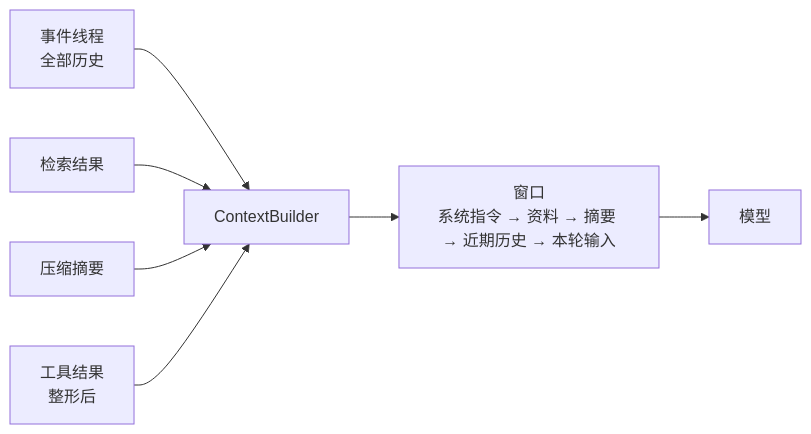
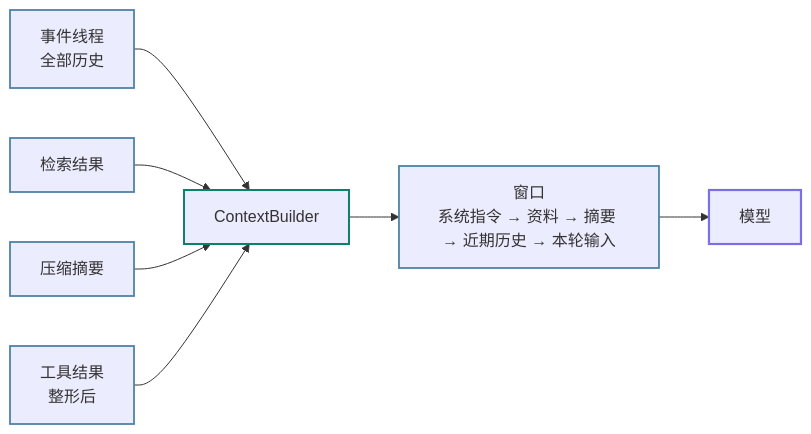
One commit to lance2016/ai-app-engineering changed the first of 2 diagrams in lessons/context-engineering-for-agents/README.md. Above: the diagram before and after it, drawn with Mermaid. The commit also changed other lines of this file and 21 other files, not shown here.

````diff
--- a/lessons/context-engineering-for-agents/README.md
+++ b/lessons/context-engineering-for-agents/README.md
@@ -28,9 +28,15 @@
 ```mermaid
 flowchart LR
+    classDef model stroke:#7c6ee6,stroke-width:2.2px
+    classDef runtime stroke:#0d806b,stroke-width:2px
+    classDef data stroke:#4e83a3,stroke-width:1.8px
     T[事件线程<br/>全部历史] --> B[ContextBuilder]
     D[检索结果] --> B
     S[压缩摘要] --> B
     R[工具结果<br/>整形后] --> B
     B --> W["窗口<br/>系统指令 → 资料 → 摘要 → 近期历史 → 本轮输入"]
     W --> M[模型]
+    class T,D,S,R,W data
+    class B runtime
+    class M model
 ```
````
